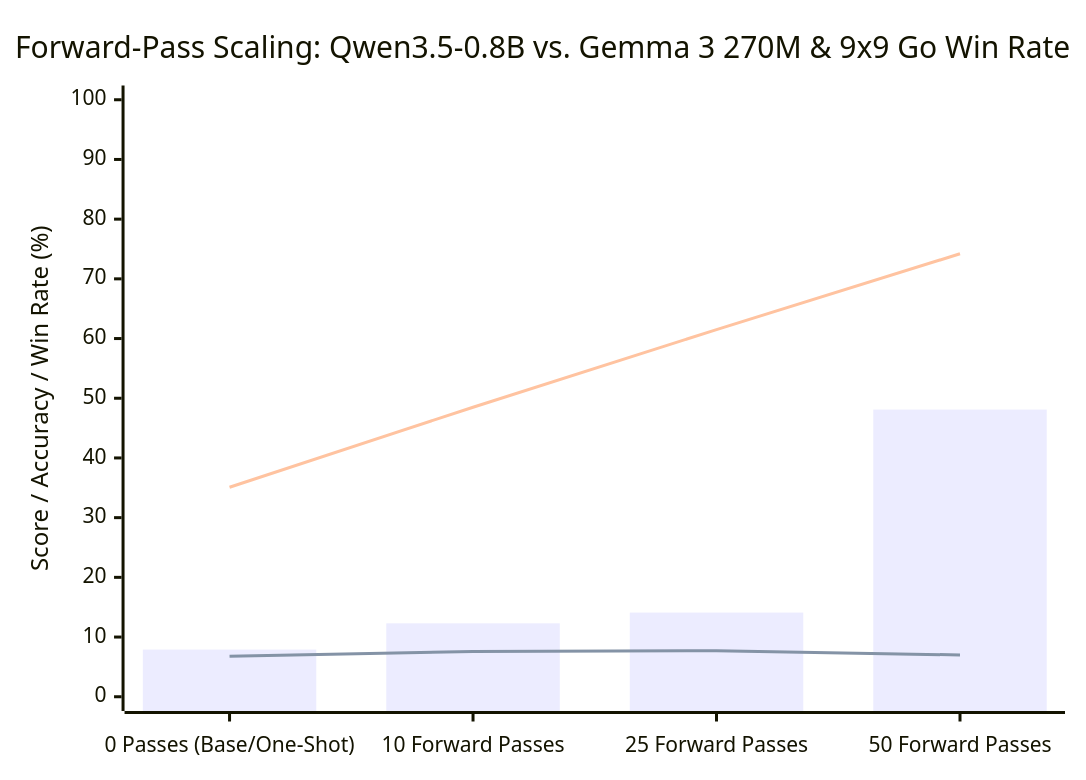
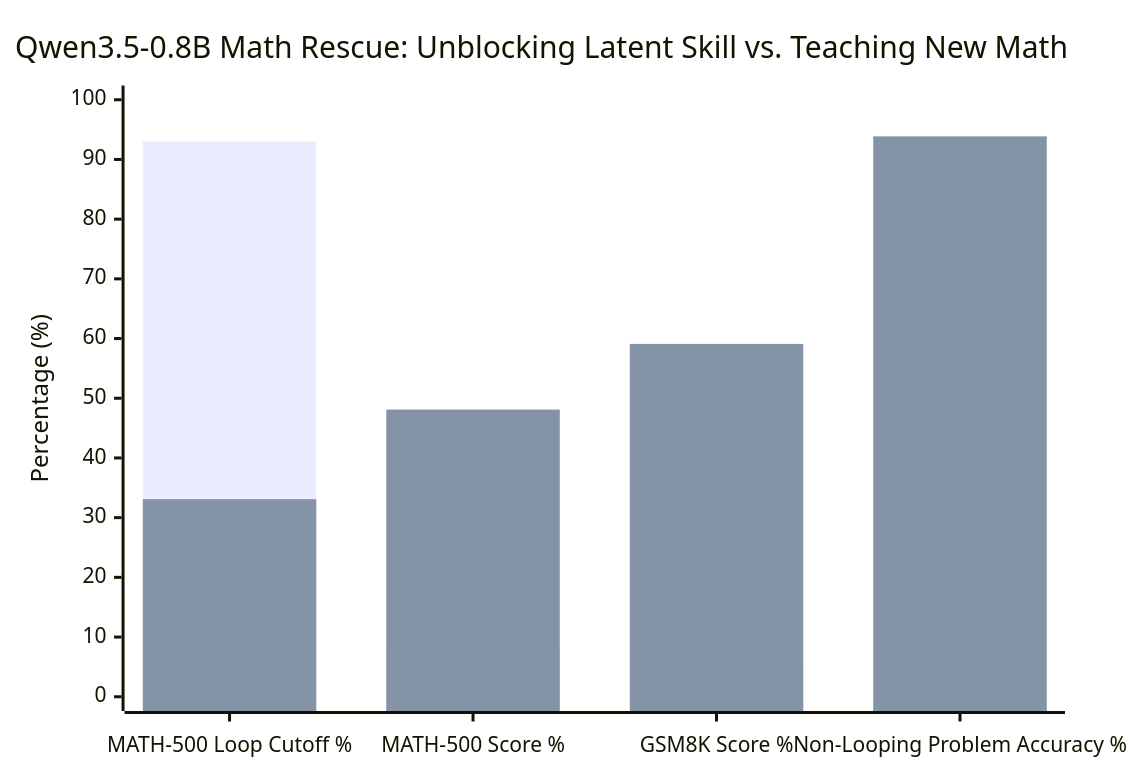
One commit to duksaramio/myblog-2026 changed the second of 2 diagrams in src/content/blog/2026-11-02-sparks-of-weight-space-programming-gpt-6-astra-neural-compiler-creativity-deep-dive.md. Above: the diagram before and after it, drawn with Mermaid. The commit also changed other lines of this file and 3 other files, not shown here.

````diff
--- a/src/content/blog/2026-11-02-sparks-of-weight-space-programming-gpt-6-astra-neural-compiler-creativity-deep-dive.md
+++ b/src/content/blog/2026-11-02-sparks-of-weight-space-programming-gpt-6-astra-neural-compiler-creativity-deep-dive.md
@@ -131,9 +138,8 @@
 ```mermaid
 xychart-beta
-    title "Forward-Pass Scaling: Qwen3.5-0.8B vs. Gemma 3 270M & 9x9 Go Win Rate"
-    x-axis ["0 Passes (Base/One-Shot)", "10 Forward Passes", "25 Forward Passes", "50 Forward Passes"]
-    y-axis "Score / Accuracy / Win Rate (%)" 0 --> 100
-    bar [7.9, 12.3, 14.1, 48.1]
-    line [6.8, 7.6, 7.7, 7.0]
-    line [35.1, 48.5, 61.5, 74.2]
+    title "Qwen3.5-0.8B Math Rescue: Unblocking Latent Skill vs. Teaching New Math"
+    x-axis ["MATH-500 Loop Cutoff %", "MATH-500 Score %", "GSM8K Score %", "Non-Looping Problem Accuracy %"]
+    y-axis "Percentage (%)" 0 --> 100
+    bar [93.0, 7.9, 5.9, 93.86]
+    bar [33.1, 48.1, 59.1, 93.86]
 ```
````
